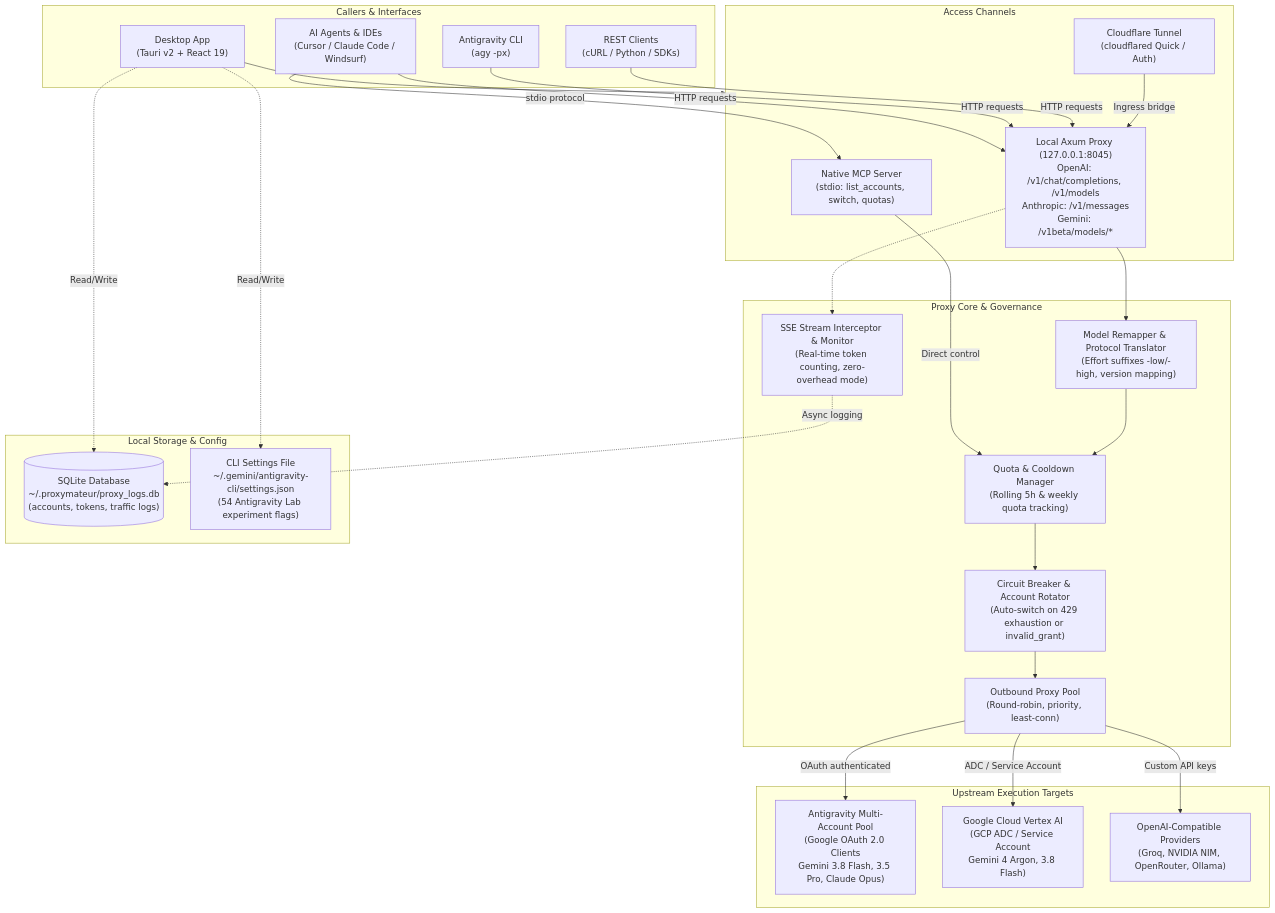
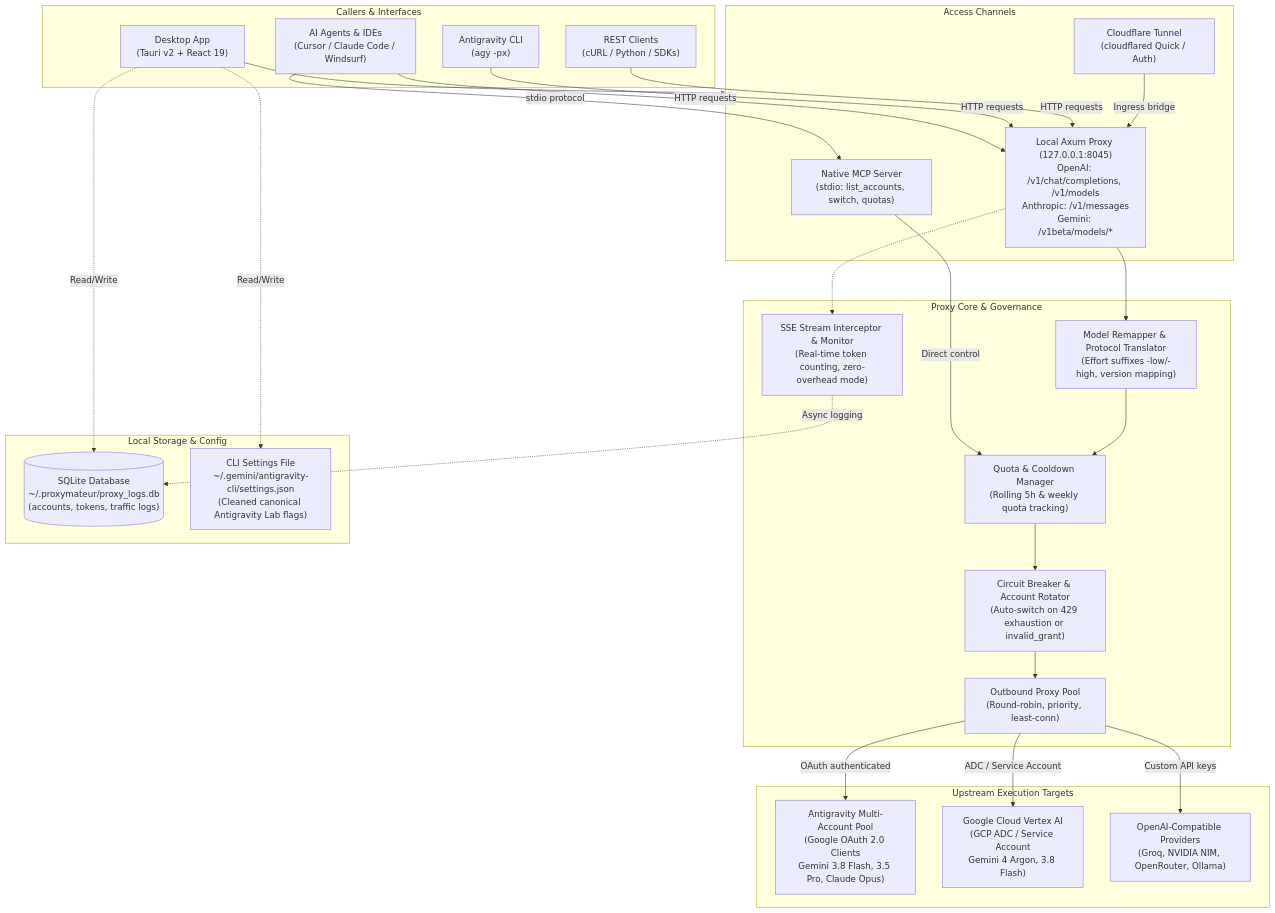
Before and after one commit to yuatemycat/Proxymateur-Clean: the first of 2 diagrams in README.md, drawn with Mermaid. The commit also changed other lines of this file, not shown here.

Commit message:
docs(readme): focus on top 9 runtime flags and summarize secondary flags

````diff
--- a/README.md
+++ b/README.md
@@ -47,55 +47,55 @@
 ```mermaid
 flowchart TD
     subgraph Clients ["Callers & Interfaces"]
         UI["Desktop App<br/>(Tauri v2 + React 19)"]
         CLI["Antigravity CLI<br/>(agy -px)"]
         Agents["AI Agents & IDEs<br/>(Cursor / Claude Code / Windsurf)"]
         Tools["REST Clients<br/>(cURL / Python / SDKs)"]
     end
 
     subgraph Ingress ["Access Channels"]
         MCP["Native MCP Server<br/>(stdio: list_accounts, switch, quotas)"]
         Tunnel["Cloudflare Tunnel<br/>(cloudflared Quick / Auth)"]
         Proxy["Local Axum Proxy (127.0.0.1:8045)<br/>OpenAI: /v1/chat/completions, /v1/models<br/>Anthropic: /v1/messages<br/>Gemini: /v1beta/models/*"]
     end
 
     subgraph Core ["Proxy Core & Governance"]
         Mapper["Model Remapper & Protocol Translator<br/>(Effort suffixes -low/-high, version mapping)"]
         QuotaMgr["Quota & Cooldown Manager<br/>(Rolling 5h & weekly quota tracking)"]
         Circuit["Circuit Breaker & Account Rotator<br/>(Auto-switch on 429 exhaustion or invalid_grant)"]
         Pool["Outbound Proxy Pool<br/>(Round-robin, priority, least-conn)"]
         Monitor["SSE Stream Interceptor & Monitor<br/>(Real-time token counting, zero-overhead mode)"]
     end
 
     subgraph Storage ["Local Storage & Config"]
         DB[("SQLite Database<br/>~/.proxymateur/proxy_logs.db<br/>(accounts, tokens, traffic logs)")]
-        Settings["CLI Settings File<br/>~/.gemini/antigravity-cli/settings.json<br/>(54 Antigravity Lab experiment flags)"]
+        Settings["CLI Settings File<br/>~/.gemini/antigravity-cli/settings.json<br/>(Cleaned canonical Antigravity Lab flags)"]
     end
 
     subgraph Upstreams ["Upstream Execution Targets"]
         Accounts["Antigravity Multi-Account Pool<br/>(Google OAuth 2.0 Clients<br/>Gemini 3.8 Flash, 3.5 Pro, Claude Opus)"]
         Vertex["Google Cloud Vertex AI<br/>(GCP ADC / Service Account<br/>Gemini 4 Argon, 3.8 Flash)"]
         OpenAICompat["OpenAI-Compatible Providers<br/>(Groq, NVIDIA NIM, OpenRouter, Ollama)"]
     end
 
     UI --> Ingress
     UI -.->|Read/Write| Settings
     UI -.->|Read/Write| DB
     Agents -->|stdio protocol| MCP
     Agents -->|HTTP requests| Proxy
     CLI -->|HTTP requests| Proxy
     Tools -->|HTTP requests| Proxy
     Tunnel -->|Ingress bridge| Proxy
 
     MCP -->|Direct control| QuotaMgr
     Proxy --> Mapper
     Mapper --> QuotaMgr
     QuotaMgr --> Circuit
     Circuit --> Pool
     Proxy -.-> Monitor
     Monitor -.->|Async logging| DB
 
     Pool -->|OAuth authenticated| Accounts
     Pool -->|ADC / Service Account| Vertex
     Pool -->|Custom API keys| OpenAICompat
 ```
````
